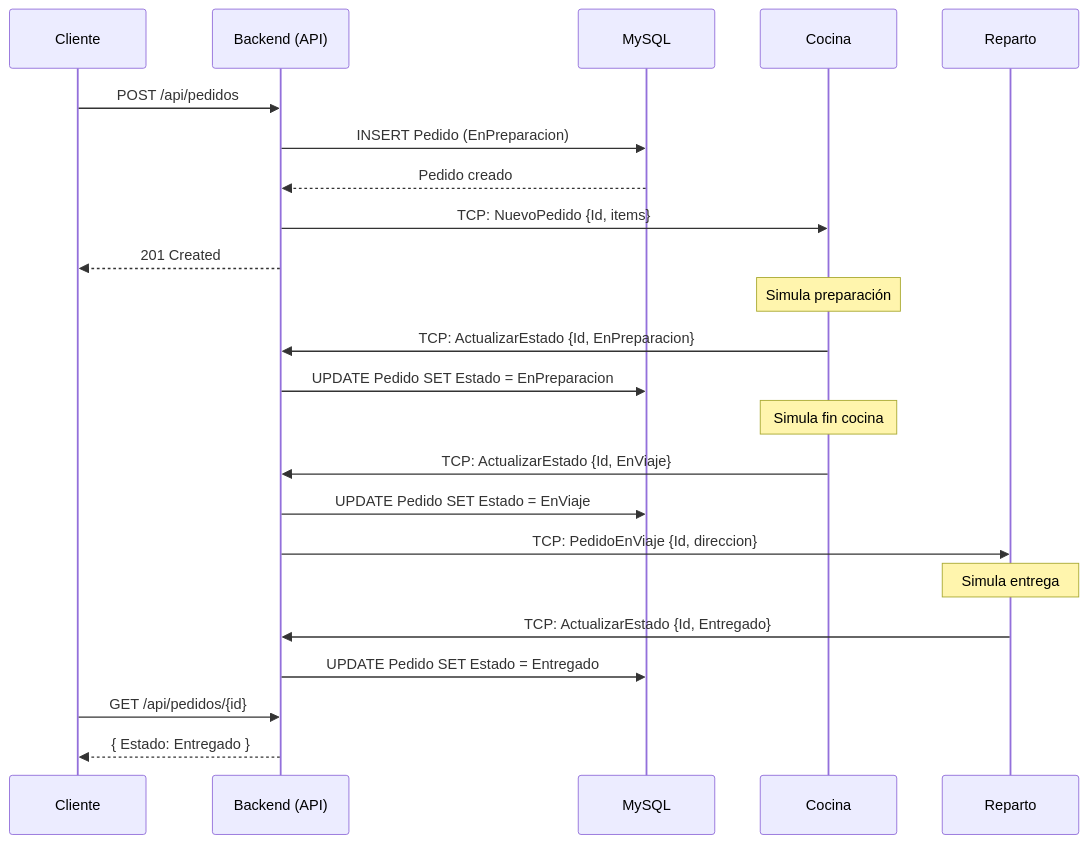
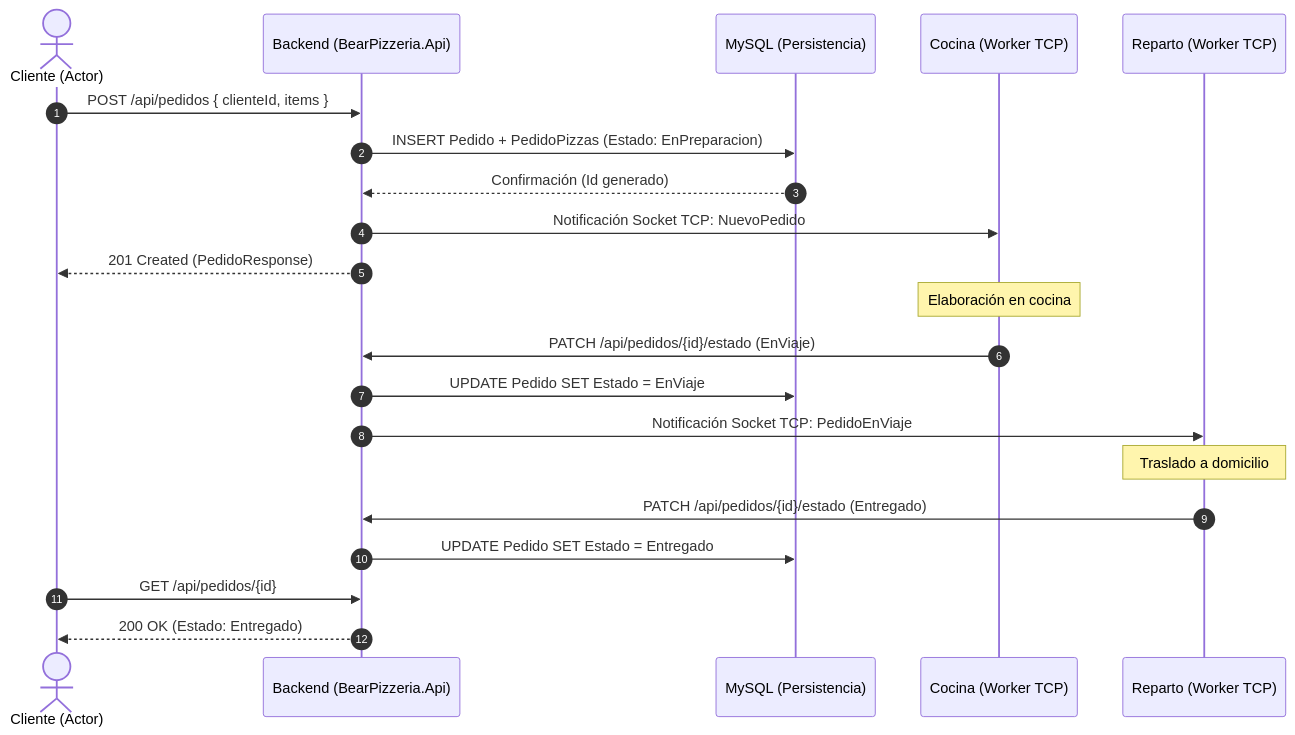
The third of 3 diagrams in docs/old/DiagramaDeClases.md (Darkops56/PSR-MinimalAPI), drawn with Mermaid before and after one commit. The commit also changed other lines of this file and 1 other file, not shown here.

````diff
--- a/docs/old/DiagramaDeClases.md
+++ b/docs/old/DiagramaDeClases.md
@@ -130,26 +148,27 @@
 ```mermaid
 sequenceDiagram
-    participant C as Cliente
-    participant API as Backend (API)
-    participant DB as MySQL
-    participant K as Cocina
-    participant D as Reparto
+    autonumber
+    actor C as Cliente (Actor)
+    participant API as Backend (BearPizzeria.Api)
+    participant DB as MySQL (Persistencia)
+    participant K as Cocina (Worker TCP)
+    participant D as Reparto (Worker TCP)
 
-    C->>API: POST /api/pedidos
-    API->>DB: INSERT Pedido (EnPreparacion)
-    DB-->>API: Pedido creado
-    API->>K: TCP: NuevoPedido {Id, items}
-    API-->>C: 201 Created
-    Note over K: Simula preparación
-    K->>API: TCP: ActualizarEstado {Id, EnPreparacion}
-    API->>DB: UPDATE Pedido SET Estado = EnPreparacion
-    Note over K: Simula fin cocina
-    K->>API: TCP: ActualizarEstado {Id, EnViaje}
+    C->>API: POST /api/pedidos { clienteId, items }
+    API->>DB: INSERT Pedido + PedidoPizzas (Estado: EnPreparacion)
+    DB-->>API: Confirmación (Id generado)
+    API->>K: Notificación Socket TCP: NuevoPedido
+    API-->>C: 201 Created (PedidoResponse)
+    
+    Note over K: Elaboración en cocina
+    K->>API: PATCH /api/pedidos/{id}/estado (EnViaje)
     API->>DB: UPDATE Pedido SET Estado = EnViaje
-    API->>D: TCP: PedidoEnViaje {Id, direccion}
-    Note over D: Simula entrega
-    D->>API: TCP: ActualizarEstado {Id, Entregado}
+    API->>D: Notificación Socket TCP: PedidoEnViaje
+    
+    Note over D: Traslado a domicilio
+    D->>API: PATCH /api/pedidos/{id}/estado (Entregado)
     API->>DB: UPDATE Pedido SET Estado = Entregado
+    
     C->>API: GET /api/pedidos/{id}
-    API-->>C: { Estado: Entregado }
+    API-->>C: 200 OK (Estado: Entregado)
 ```
````
